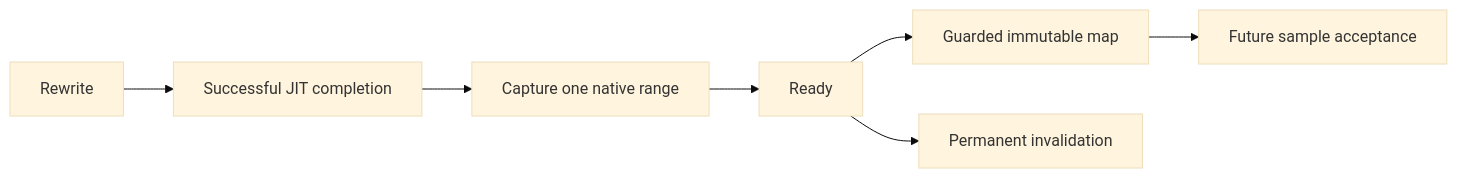
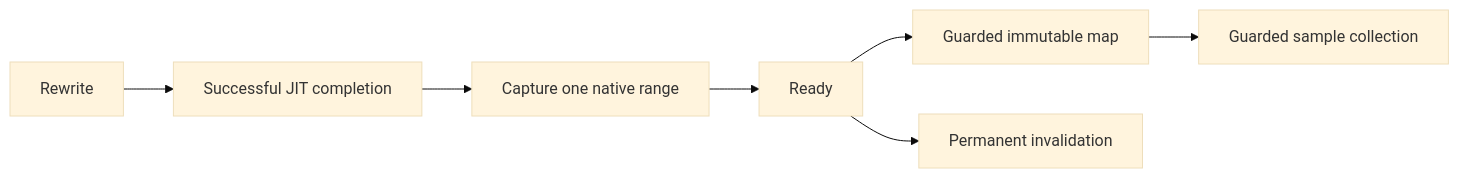
The diagram in lode/plans/bound-native-map.md (TheAngryByrd/CozNet), drawn with Mermaid (base theme) before and after one commit. The commit also changed other lines of this file and 17 other files, not shown here.

````diff
--- a/lode/plans/bound-native-map.md
+++ b/lode/plans/bound-native-map.md
@@ -21,9 +21,9 @@
 ```mermaid
 flowchart LR
     Rewrite --> JitFinished[Successful JIT completion]
     JitFinished --> Range[Capture one native range]
     Range --> Ready
     Ready --> Map[Guarded immutable map]
-    Map --> Samples[Future sample acceptance]
+    Map --> Samples[Guarded sample collection]
     Ready --> Invalid[Permanent invalidation]
 ```
````
